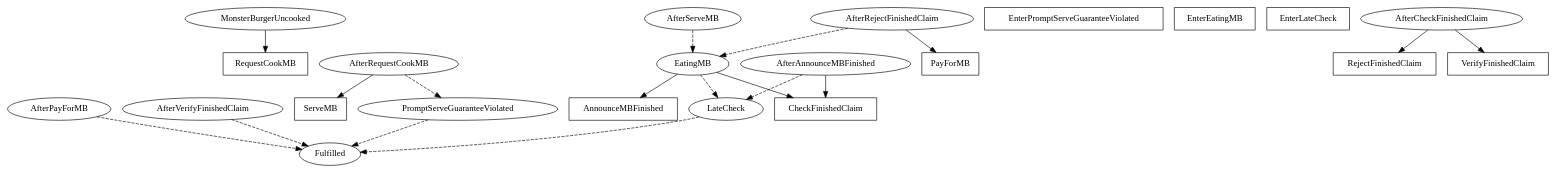
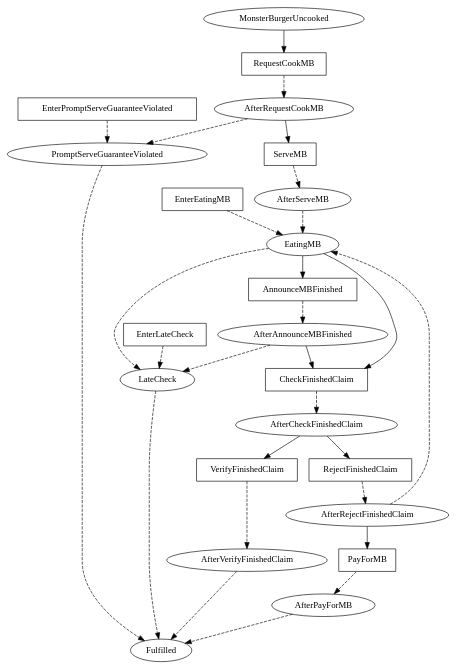
The diagram in linear_state_machine_language/pyL4/examples_graphviz_gen/monster_burger.dot (Marcao02/complaw-deeptech), drawn with Graphviz before and after one commit. The commit also changed 5 other files, not shown here.

```diff
--- a/linear_state_machine_language/pyL4/examples_graphviz_gen/monster_burger.dot
+++ b/linear_state_machine_language/pyL4/examples_graphviz_gen/monster_burger.dot
@@ -1,42 +1,55 @@
 // THIS IS A GENERATED FILE. DO NOT EDIT.
 
-digraph Monster_Burger {
-	RequestCookMB[label=RequestCookMB,shape=box];
-	ServeMB[label=ServeMB,shape=box];
-	EnterPromptServeGuaranteeViolated[label=EnterPromptServeGuaranteeViolated,shape=box];
-	EnterEatingMB[label=EnterEatingMB,shape=box];
-	AnnounceMBFinished[label=AnnounceMBFinished,shape=box];
-	EnterLateCheck[label=EnterLateCheck,shape=box];
-	CheckFinishedClaim[label=CheckFinishedClaim,shape=box];
-	RejectFinishedClaim[label=RejectFinishedClaim,shape=box];
-	PayForMB[label=PayForMB,shape=box];
-	VerifyFinishedClaim[label=VerifyFinishedClaim,shape=box];
-	MonsterBurgerUncooked[label=MonsterBurgerUncooked];
+digraph Monster_Burger {    
+    MonsterBurgerUncooked[label=MonsterBurgerUncooked];
 	AfterRequestCookMB[label=AfterRequestCookMB];
 	AfterServeMB[label=AfterServeMB];
 	PromptServeGuaranteeViolated[label=PromptServeGuaranteeViolated];
 	EatingMB[label=EatingMB];
 	AfterAnnounceMBFinished[label=AfterAnnounceMBFinished];
 	LateCheck[label=LateCheck];
 	AfterCheckFinishedClaim[label=AfterCheckFinishedClaim];
 	AfterRejectFinishedClaim[label=AfterRejectFinishedClaim];
 	AfterPayForMB[label=AfterPayForMB];
-	AfterVerifyFinishedClaim[label=AfterVerifyFinishedClaim];
-	MonsterBurgerUncooked -> RequestCookMB;
+	AfterVerifyFinishedClaim[label=AfterVerifyFinishedClaim]
+    
+    RequestCookMB[label=RequestCookMB,shape=box];
+	ServeMB[label=ServeMB,shape=box];
+	EnterPromptServeGuaranteeViolated[label=EnterPromptServeGuaranteeViolated,shape=box];
+	EnterEatingMB[label=EnterEatingMB,shape=box];
+	AnnounceMBFinished[label=AnnounceMBFinished,shape=box];
+	EnterLateCheck[label=EnterLateCheck,shape=box];
+	CheckFinishedClaim[label=CheckFinishedClaim,shape=box];
+	RejectFinishedClaim[label=RejectFinishedClaim,shape=box];
+	PayForMB[label=PayForMB,shape=box];
+	VerifyFinishedClaim[label=VerifyFinishedClaim,shape=box]
+ 
+    MonsterBurgerUncooked -> RequestCookMB;
 	AfterRequestCookMB -> ServeMB;
 	AfterRequestCookMB -> PromptServeGuaranteeViolated [style=dashed];
 	AfterServeMB -> EatingMB [style=dashed];
 	PromptServeGuaranteeViolated -> Fulfilled [style=dashed];
 	EatingMB -> AnnounceMBFinished;
 	EatingMB -> CheckFinishedClaim;
 	EatingMB -> LateCheck [style=dashed];
 	AfterAnnounceMBFinished -> CheckFinishedClaim;
 	AfterAnnounceMBFinished -> LateCheck [style=dashed];
 	LateCheck -> Fulfilled [style=dashed];
 	AfterCheckFinishedClaim -> VerifyFinishedClaim;
 	AfterCheckFinishedClaim -> RejectFinishedClaim;
 	AfterRejectFinishedClaim -> EatingMB [style=dashed];
 	AfterRejectFinishedClaim -> PayForMB;
 	AfterPayForMB -> Fulfilled [style=dashed];
-	AfterVerifyFinishedClaim -> Fulfilled [style=dashed];
+	AfterVerifyFinishedClaim -> Fulfilled [style=dashed]
+    
+    RequestCookMB -> AfterRequestCookMB [style=dashed];
+	ServeMB -> AfterServeMB [style=dashed];
+	EnterPromptServeGuaranteeViolated -> PromptServeGuaranteeViolated [style=dashed];
+	EnterEatingMB -> EatingMB [style=dashed];
+	AnnounceMBFinished -> AfterAnnounceMBFinished [style=dashed];
+	EnterLateCheck -> LateCheck [style=dashed];
+	CheckFinishedClaim -> AfterCheckFinishedClaim [style=dashed];
+	RejectFinishedClaim -> AfterRejectFinishedClaim [style=dashed];
+	PayForMB -> AfterPayForMB [style=dashed];
+	VerifyFinishedClaim -> AfterVerifyFinishedClaim [style=dashed]
 }
```
